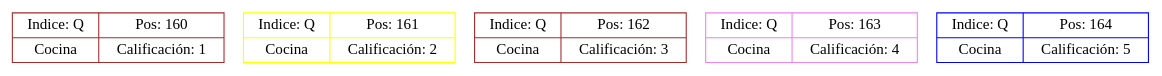
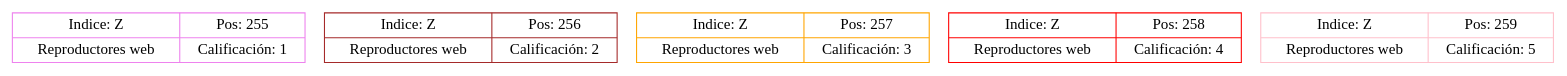
One commit to Daniel-Chicas/EDD_VirtualMall_201807079 changed the diagram in cliente/src/VectorTiendas/Vector.dot. Above: the diagram before and after it, drawn with Graphviz. The commit also changed 13 other files, not shown here.

```diff
--- a/cliente/src/VectorTiendas/Vector.dot
+++ b/cliente/src/VectorTiendas/Vector.dot
@@ -1,8 +1,8 @@
-digraph Daniel32{
+digraph Daniel51{
 node[shape=record];
-node160[color=brown, fillcolor=red, label="{Indice: Q|Cocina}|{Pos: 160|Calificación: 1}"];
-node161[color=yellow, fillcolor=green, label="{Indice: Q|Cocina}|{Pos: 161|Calificación: 2}"];
-node162[color=brown, fillcolor=green, label="{Indice: Q|Cocina}|{Pos: 162|Calificación: 3}"];
-node163[color=violet, fillcolor=yellow, label="{Indice: Q|Cocina}|{Pos: 163|Calificación: 4}"];
-node164[color=blue, fillcolor=red, label="{Indice: Q|Cocina}|{Pos: 164|Calificación: 5}"];
+node255[color=violet, fillcolor=green, label="{Indice: Z|Reproductores web}|{Pos: 255|Calificación: 1}"];
+node256[color=brown, fillcolor=pink, label="{Indice: Z|Reproductores web}|{Pos: 256|Calificación: 2}"];
+node257[color=orange, fillcolor=gray, label="{Indice: Z|Reproductores web}|{Pos: 257|Calificación: 3}"];
+node258[color=red, fillcolor=pink, label="{Indice: Z|Reproductores web}|{Pos: 258|Calificación: 4}"];
+node259[color=pink, fillcolor=gray, label="{Indice: Z|Reproductores web}|{Pos: 259|Calificación: 5}"];
 }
```
